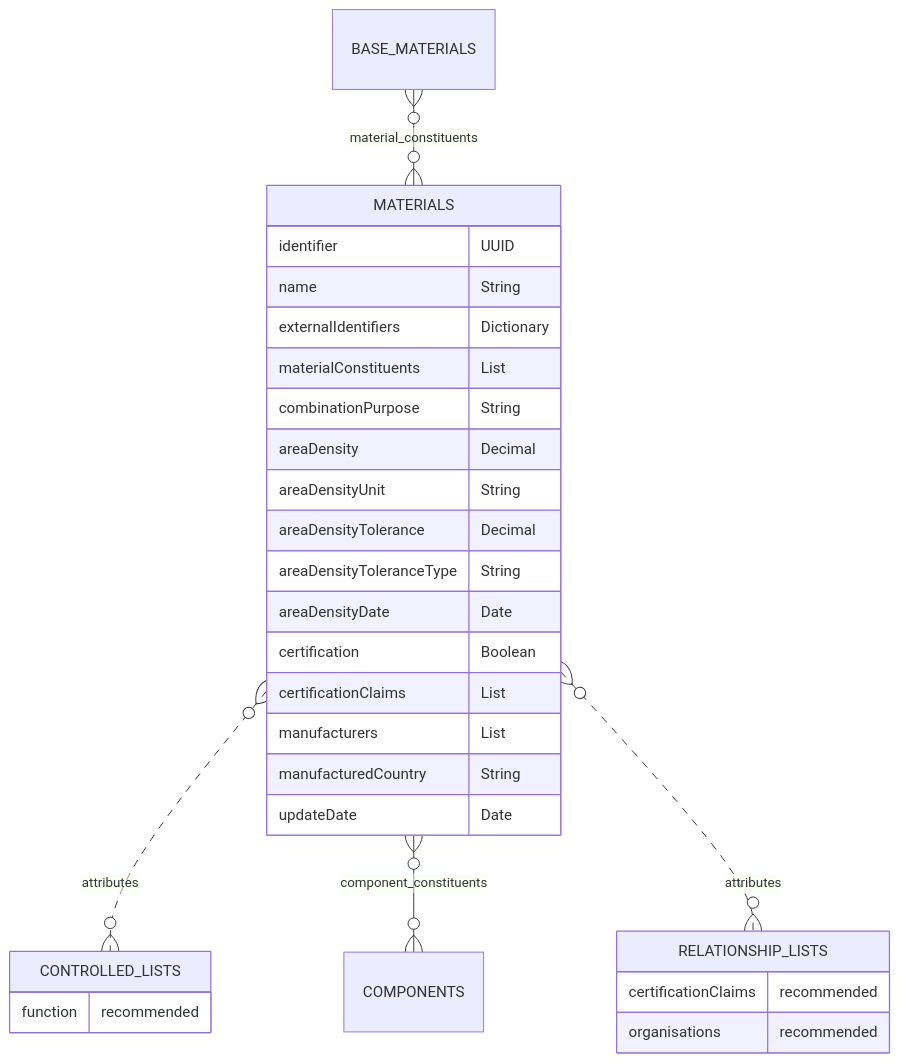
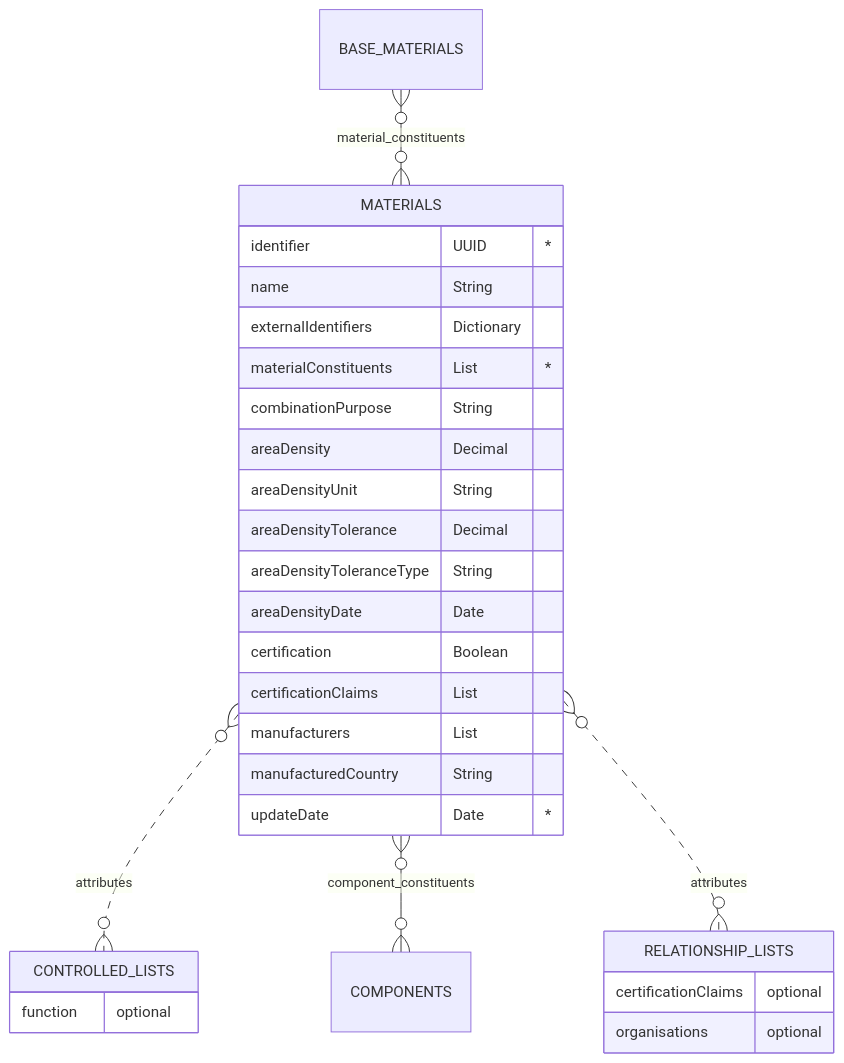
Before and after one commit to OpenDataManchester/Open3P: the diagram in docs/3_Data_Specification/3_2_Materials.md, drawn with Mermaid. The commit also changed other lines of this file, not shown here.

Commit message:
Requ --> Mand, Recc --> Optional, add [*] to table

````diff
--- a/docs/3_Data_Specification/3_2_Materials.md
+++ b/docs/3_Data_Specification/3_2_Materials.md
@@ -31,31 +31,31 @@
 ``` mermaid
 erDiagram
 BASE_MATERIALS }o--o{ MATERIALS : material_constituents
   MATERIALS {
-    identifier UUID
+    identifier UUID "*"
     name String
     externalIdentifiers Dictionary
-    materialConstituents List
+    materialConstituents List "*"
     combinationPurpose String
     areaDensity Decimal
     areaDensityUnit String
     areaDensityTolerance Decimal
     areaDensityToleranceType String
     areaDensityDate Date
     certification Boolean
     certificationClaims List
     manufacturers List
     manufacturedCountry String
-    updateDate Date
+    updateDate Date "*"
   }
   MATERIALS }o..o{ CONTROLLED_LISTS : attributes
   MATERIALS }o--o{ COMPONENTS : component_constituents
   MATERIALS }o..o{ RELATIONSHIP_LISTS : attributes
         CONTROLLED_LISTS {
-    function recommended
+    function optional
     }
         RELATIONSHIP_LISTS {
-    certificationClaims recommended
-    organisations recommended
+    certificationClaims optional
+    organisations optional
       }
 ```
````
